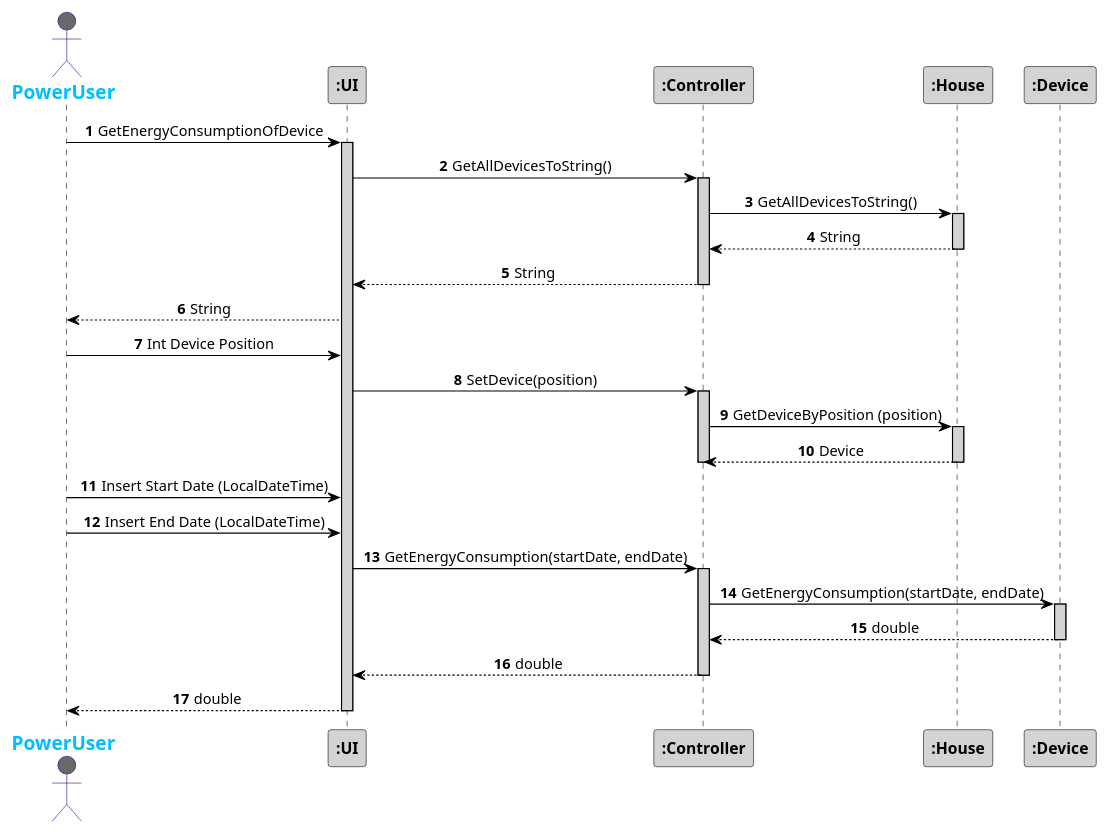
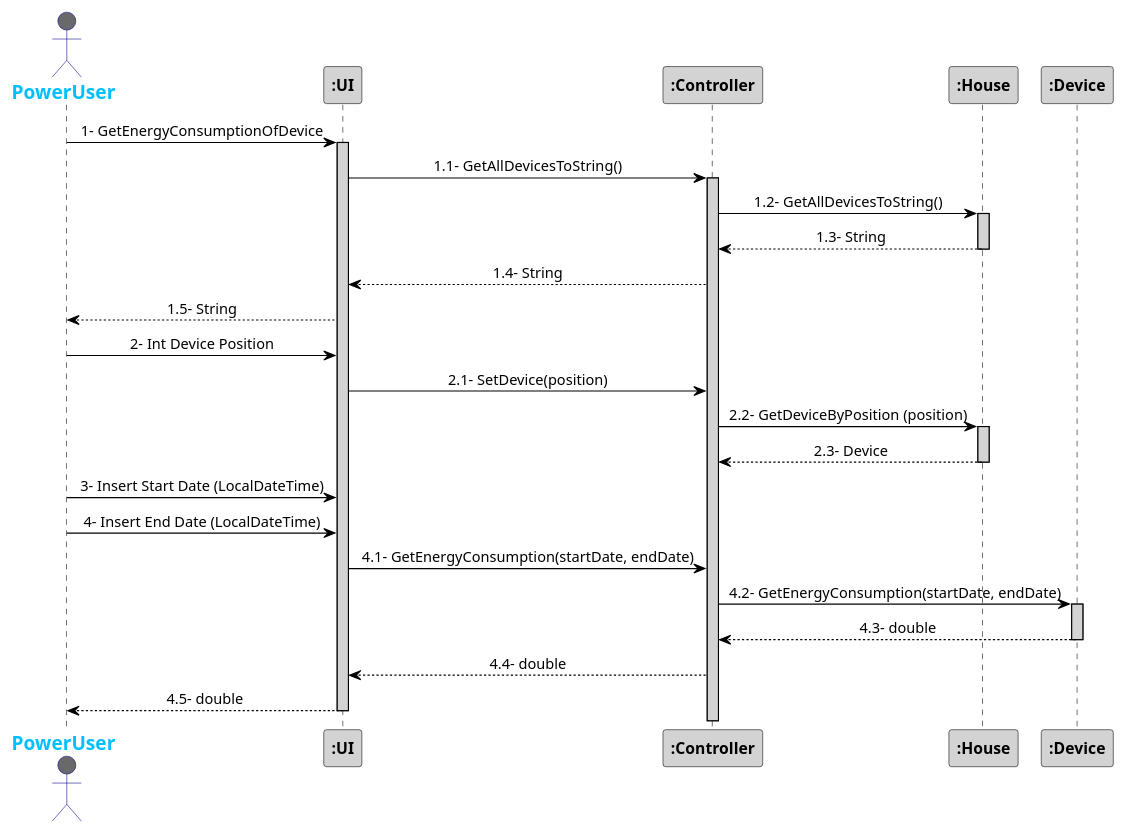
One commit to 1181687/hateoasToy changed the diagram in src/Docs/Sprint3/GetEnergyConsumptionDeviceInterval.puml. Above: the diagram before and after it, drawn with PlantUML. The commit also changed 1 other file, not shown here.

Commit message:
Changes to Sequence Diagram

```diff
--- a/src/Docs/Sprint3/GetEnergyConsumptionDeviceInterval.puml
+++ b/src/Docs/Sprint3/GetEnergyConsumptionDeviceInterval.puml
@@ -1,56 +1,51 @@
 @startuml
 skinparam sequenceMessageAlign center
 skinparam sequence {
 	ArrowColor Black
 	ActorBorderColor DarkBlue
 	LifeLineBorderColor black
 	LifeLineBackgroundColor LightGrey
 
 	ParticipantBorderColor Black
 	ParticipantBackgroundColor LightGrey
 	ParticipantFontStyle Bold
 
 	ActorBackgroundColor DimGrey
 	ActorFontColor DeepSkyBlue
 	ActorFontStyle Bold
 	ActorFontSize 17
 	ActorFontName Aapex
 }
 
-autonumber
 actor PowerUser
-PowerUser -> ":UI": GetEnergyConsumptionOfDevice
+PowerUser -> ":UI": 1- GetEnergyConsumptionOfDevice
 activate ":UI"
-":UI" -> ":Controller": GetAllDevicesToString()
+":UI" -> ":Controller": 1.1- GetAllDevicesToString()
 activate ":Controller"
-":Controller" -> ":House": GetAllDevicesToString()
+":Controller" -> ":House": 1.2- GetAllDevicesToString()
 activate ":House"
-":Controller" <-- ":House": String
+":Controller" <-- ":House": 1.3- String
 deactivate ":House"
-":UI" <-- ":Controller": String
-deactivate ":Controller"
-PowerUser <-- ":UI": String
+":UI" <-- ":Controller": 1.4- String
+PowerUser <-- ":UI": 1.5- String
 
-PowerUser -> ":UI": Int Device Position
-":UI" -> ":Controller": SetDevice(position)
-activate ":Controller"
-":Controller" -> ":House": GetDeviceByPosition (position)
+PowerUser -> ":UI": 2- Int Device Position
+":UI" -> ":Controller": 2.1- SetDevice(position)
+":Controller" -> ":House": 2.2- GetDeviceByPosition (position)
 activate ":House"
-":Controller" <-- ":House": Device
+":Controller" <-- ":House": 2.3- Device
 deactivate ":House"
-deactivate ":Controller"
 
-PowerUser -> ":UI": Insert Start Date (LocalDateTime)
-PowerUser -> ":UI": Insert End Date (LocalDateTime)
-":UI" -> ":Controller": GetEnergyConsumption(startDate, endDate)
-activate ":Controller"
-":Controller" -> ":Device": GetEnergyConsumption(startDate, endDate)
+
+PowerUser -> ":UI": 3- Insert Start Date (LocalDateTime)
+PowerUser -> ":UI": 4- Insert End Date (LocalDateTime)
+":UI" -> ":Controller": 4.1- GetEnergyConsumption(startDate, endDate)
+":Controller" -> ":Device": 4.2- GetEnergyConsumption(startDate, endDate)
 activate ":Device"
-":Controller" <-- ":Device": double
+":Controller" <-- ":Device": 4.3- double
 deactivate ":Device"
-":UI" <-- ":Controller": double
-deactivate ":Controller"
-PowerUser <-- ":UI": double
+":UI" <-- ":Controller": 4.4- double
+PowerUser <-- ":UI": 4.5- double
 deactivate ":UI"
 
 @enduml
```
